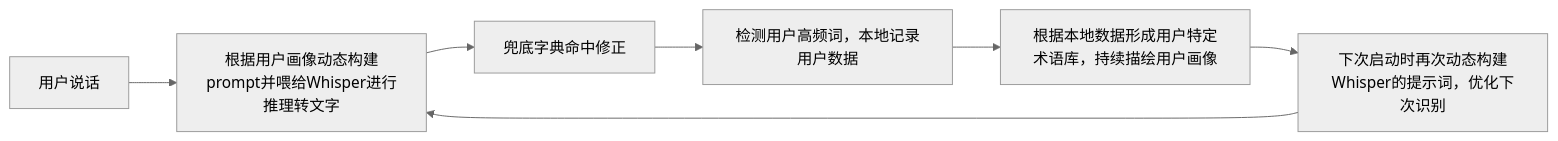
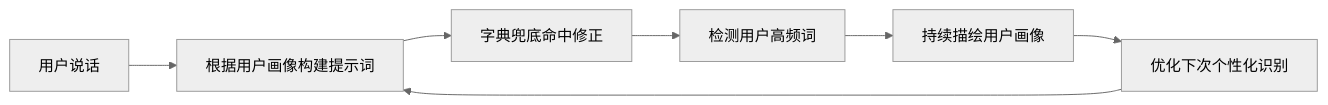
Before and after one commit to superlls/CodeWhisper: the diagram in README.md, drawn with Mermaid (neutral theme). The commit also changed other lines of this file, not shown here.

````diff
--- a/README.md
+++ b/README.md
@@ -77,9 +77,9 @@
 ```mermaid
 graph LR
-    A[用户说话] --> B[根据用户画像动态构建prompt并喂给Whisper进行推理转文字]
-    B --> C[兜底字典命中修正]
-    C --> D[检测用户高频词，本地记录用户数据]
-    D --> E[根据本地数据形成用户特定术语库，持续描绘用户画像]
-    E --> F[下次启动时再次动态构建Whisper的提示词，优化下次识别]
+    A[用户说话] --> B[根据用户画像构建提示词]
+    B --> C[字典兜底命中修正]
+    C --> D[检测用户高频词]
+    D --> E[持续描绘用户画像]
+    E --> F[优化下次个性化识别]
     F --> B
 ```
````
